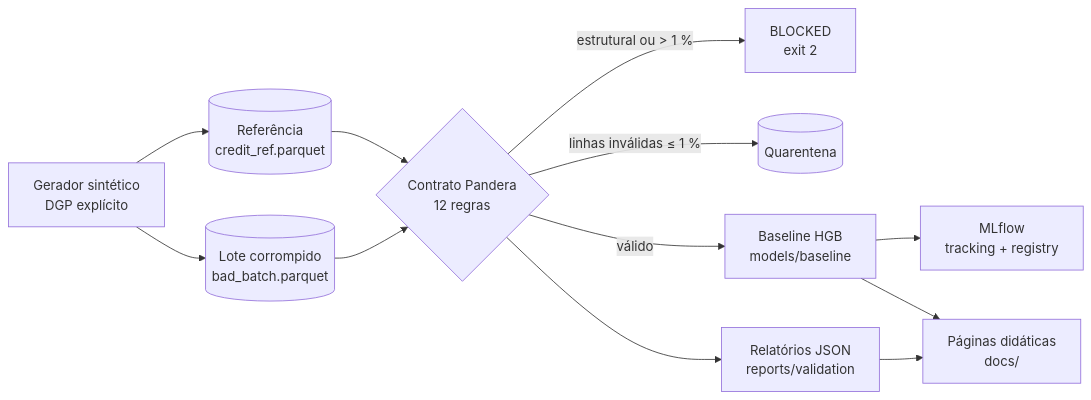
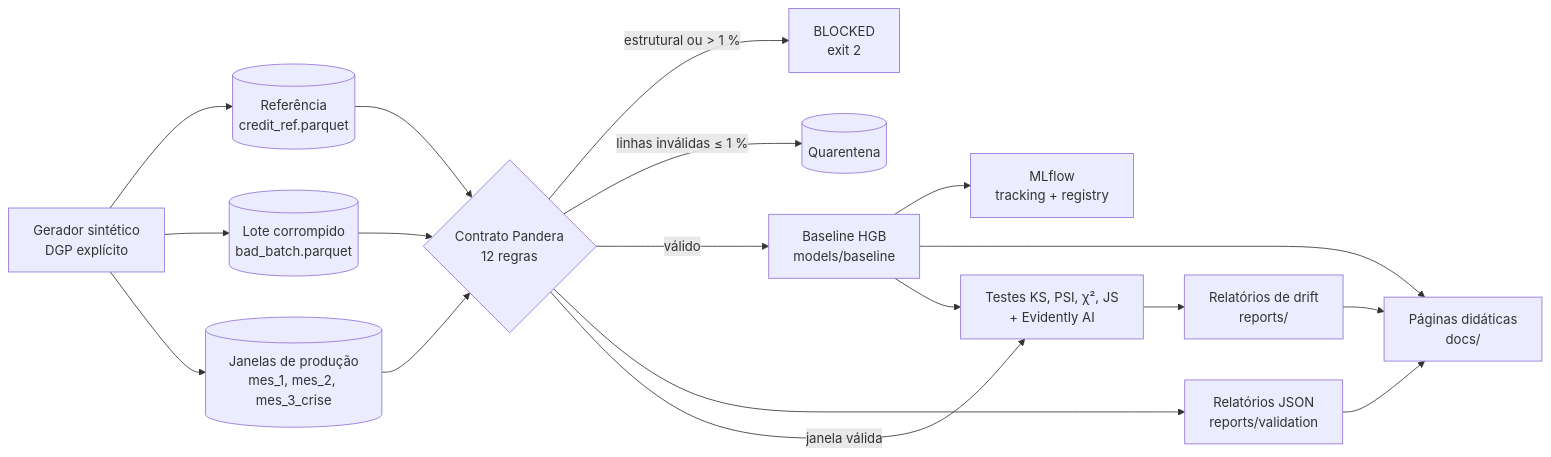
The diagram in README.md (humbertosena/fiap-fase4-tech-challenge), drawn with Mermaid before and after one commit. The commit also changed other lines of this file and 3 other files, not shown here.

First line of the commit message:
docs(readme): consolida tabela ks/psi e diagnostico de drift

````diff
--- a/README.md
+++ b/README.md
@@ -41,14 +42,20 @@
 ```mermaid
 flowchart LR
     G[Gerador sintético<br/>DGP explícito] --> R[(Referência<br/>credit_ref.parquet)]
     G --> B[(Lote corrompido<br/>bad_batch.parquet)]
     R --> C{Contrato Pandera<br/>12 regras}
     B --> C
     C -- estrutural ou &gt; 1 % --> X[BLOCKED<br/>exit 2]
     C -- linhas inválidas ≤ 1 % --> Q[(Quarentena)]
     C -- válido --> M[Baseline HGB<br/>models/baseline]
     M --> F[MLflow<br/>tracking + registry]
     C --> P[Relatórios JSON<br/>reports/validation]
     P --> H[Páginas didáticas<br/>docs/]
     M --> H
+    G --> W[(Janelas de produção<br/>mes_1, mes_2, mes_3_crise)]
+    W --> C
+    C -- janela válida --> D[Testes KS, PSI, χ², JS<br/>+ Evidently AI]
+    M --> D
+    D --> E[Relatórios de drift<br/>reports/]
+    E --> H
 ```
````
